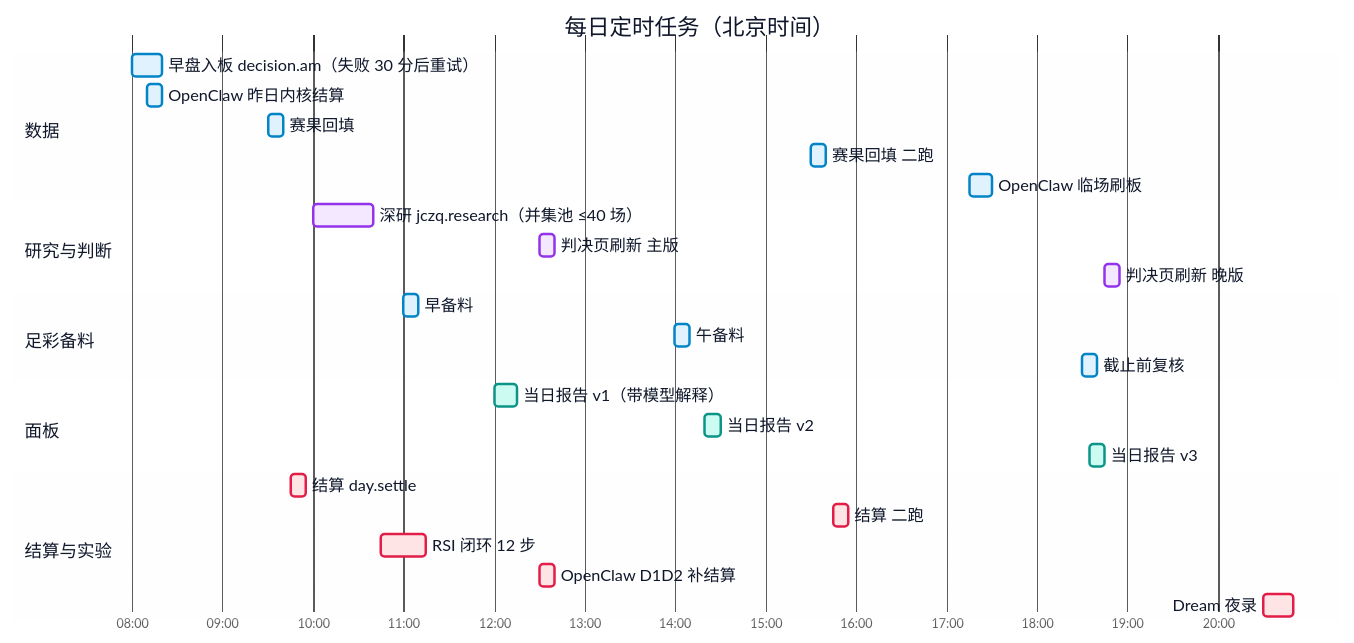
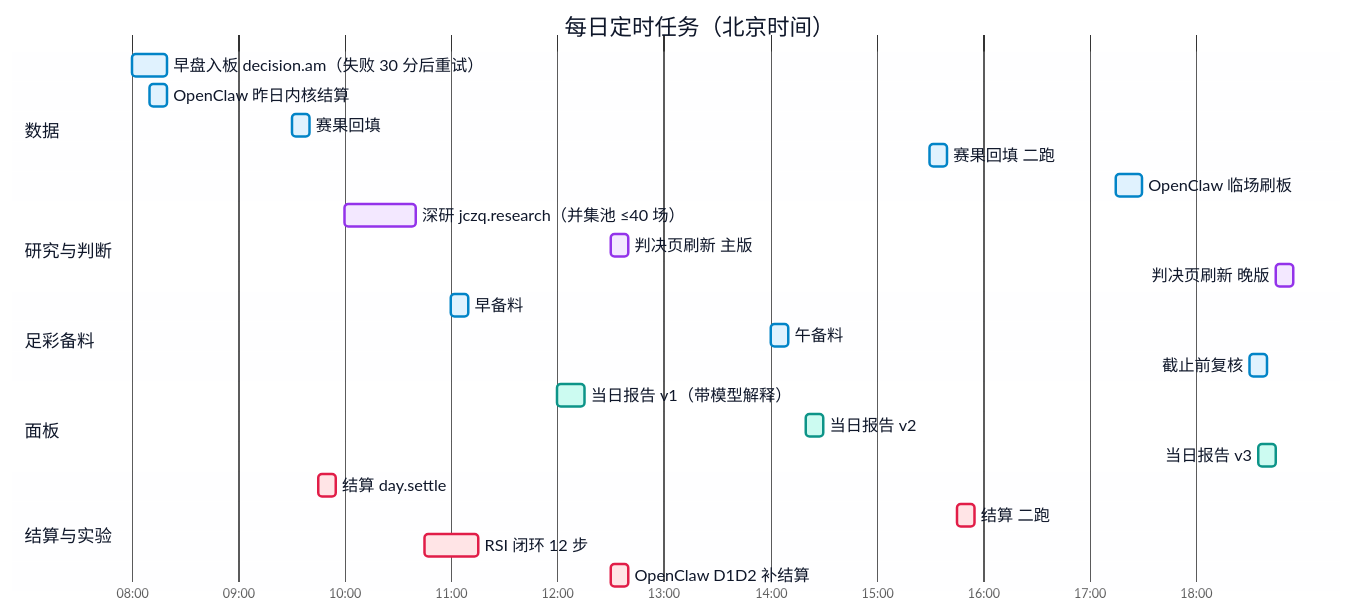
The second of 10 diagrams in docs/ARCHITECTURE.md (Jerenus/Nutmeg), drawn with Mermaid before and after one commit. The commit also changed other lines of this file and 125 other files, not shown here.

````diff
--- a/docs/ARCHITECTURE.md
+++ b/docs/ARCHITECTURE.md
@@ -147,31 +147,30 @@
 ```mermaid
 %%{init: {"theme": "base", "themeCSS": ".grid .tick line { stroke: #E2E8F0; } .grid path { stroke: none; } .sectionTitle { font-weight: 600; }", "themeVariables": {"fontSize": "14px", "taskBkgColor": "#F3E8FF", "taskBorderColor": "#9333EA", "doneTaskBkgColor": "#E0F2FE", "doneTaskBorderColor": "#0284C7", "activeTaskBkgColor": "#CCFBF1", "activeTaskBorderColor": "#0D9488", "critBkgColor": "#FFE4E6", "critBorderColor": "#E11D48", "taskTextColor": "#0F172A", "taskTextDarkColor": "#0F172A", "taskTextOutsideColor": "#0F172A", "taskTextLightColor": "#0F172A", "sectionBkgColor": "#F8FAFC", "altSectionBkgColor": "#FFFFFF", "sectionBkgColor2": "#F8FAFC", "gridColor": "#E2E8F0", "titleColor": "#0F172A", "todayLineColor": "transparent"}, "gantt": {"barHeight": 18, "barGap": 6, "topPadding": 40, "leftPadding": 96, "fontSize": 13, "sectionFontSize": 14}}}%%
 gantt
   title 每日定时任务（北京时间）
   dateFormat HH:mm
   axisFormat %H:%M
   section 数据
   早盘入板 decision.am（失败 30 分后重试）   :done, a1, 08:00, 20m
   OpenClaw 昨日内核结算                      :done, a2, 08:10, 10m
   赛果回填                                   :done, a3, 09:30, 10m
   赛果回填 二跑                              :done, a4, 15:30, 10m
   OpenClaw 临场刷板                          :done, a5, 17:15, 15m
   section 研究与判断
   深研 jczq.research（并集池 ≤40 场）        :b1, 10:00, 40m
   判决页刷新 主版                            :b2, 12:30, 10m
   判决页刷新 晚版                            :b3, 18:45, 10m
   section 足彩备料
   早备料                                     :done, c1, 11:00, 10m
   午备料                                     :done, c2, 14:00, 10m
   截止前复核                                 :done, c3, 18:30, 10m
   section 面板
   当日报告 v1（带模型解释）                  :active, d1, 12:00, 15m
   当日报告 v2                                :active, d2, 14:20, 10m
   当日报告 v3                                :active, d3, 18:35, 10m
   section 结算与实验
   结算 day.settle                            :crit, e1, 09:45, 10m
   结算 二跑                                  :crit, e2, 15:45, 10m
   RSI 闭环 12 步                             :crit, e3, 10:45, 30m
   OpenClaw D1D2 补结算                       :crit, e4, 12:30, 10m
-  Dream 夜录                                 :crit, e5, 20:30, 20m
 ```
````
